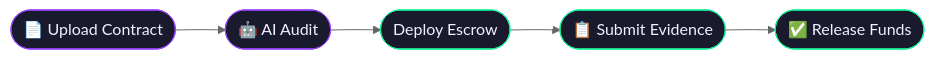
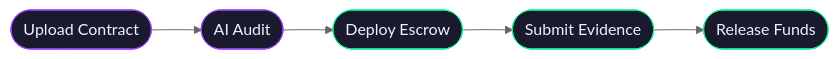
Before and after one commit to ContracGuardAI/frontend: the diagram in docs/README.md, drawn with Mermaid (neutral theme). The commit also changed other lines of this file and 40 other files, not shown here.

````diff
--- a/docs/README.md
+++ b/docs/README.md
@@ -35,13 +30,13 @@
 ```mermaid
 flowchart LR
-    A([📄 Upload Contract]) --> B([🤖 AI Audit])
+    A([Upload Contract]) --> B([AI Audit])
     B --> C([Deploy Escrow])
-    C --> D([📋 Submit Evidence])
-    D --> E([✅ Release Funds])
+    C --> D([Submit Evidence])
+    D --> E([Release Funds])
 
     style A fill:#1a1a2e,stroke:#9945FF,color:#f0f0ff
     style B fill:#1a1a2e,stroke:#9945FF,color:#f0f0ff
     style C fill:#1a1a2e,stroke:#14F195,color:#f0f0ff
     style D fill:#1a1a2e,stroke:#14F195,color:#f0f0ff
     style E fill:#1a1a2e,stroke:#14F195,color:#f0f0ff
 ```
````
